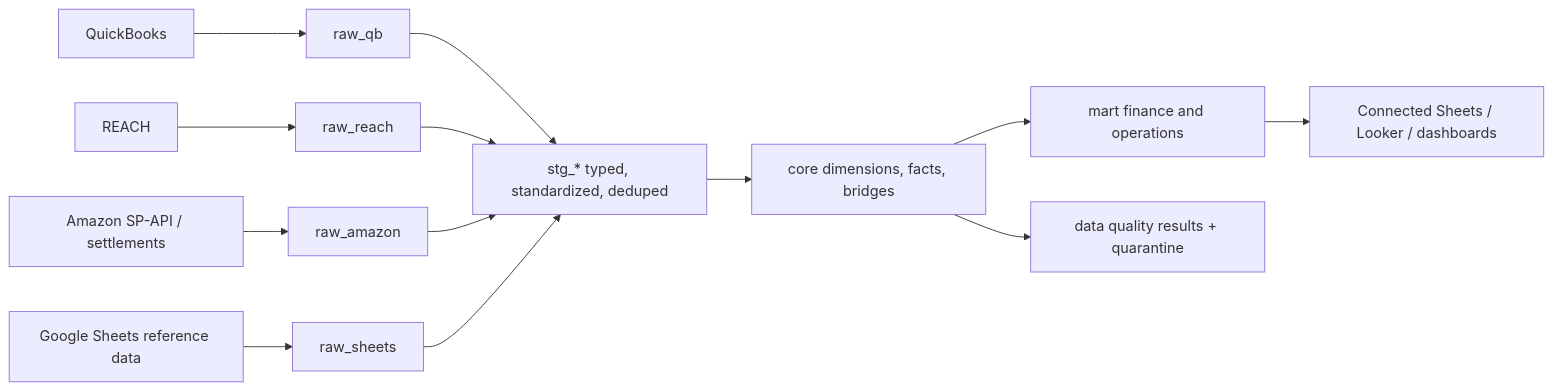
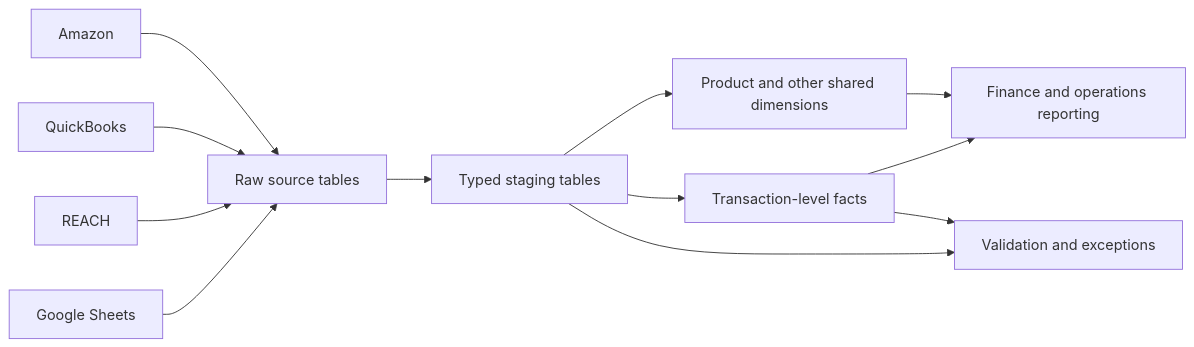
Before and after one commit to rubenatello/luminize-assessment: the diagram in docs/data_model.md, drawn with Mermaid. The commit also changed other lines of this file and 21 other files, not shown here.

````diff
--- a/docs/data_model.md
+++ b/docs/data_model.md
@@ -17,15 +15,14 @@
 ```mermaid
 flowchart LR
-    A[QuickBooks] --> R[raw_qb]
-    B[REACH] --> S[raw_reach]
-    C[Amazon SP-API / settlements] --> T[raw_amazon]
-    D[Google Sheets reference data] --> U[raw_sheets]
-    R --> STG[stg_* typed, standardized, deduped]
-    S --> STG
-    T --> STG
-    U --> STG
-    STG --> CORE[core dimensions, facts, bridges]
-    CORE --> MART[mart finance and operations]
-    MART --> BI[Connected Sheets / Looker / dashboards]
-    CORE --> DQ[data quality results + quarantine]
+    A[Amazon] --> R[Raw source tables]
+    B[QuickBooks] --> R
+    C[REACH] --> R
+    D[Google Sheets] --> R
+    R --> S[Typed staging tables]
+    S --> K[Product and other shared dimensions]
+    S --> F[Transaction-level facts]
+    K --> M[Finance and operations reporting]
+    F --> M
+    S --> Q[Validation and exceptions]
+    F --> Q
 ```
````
